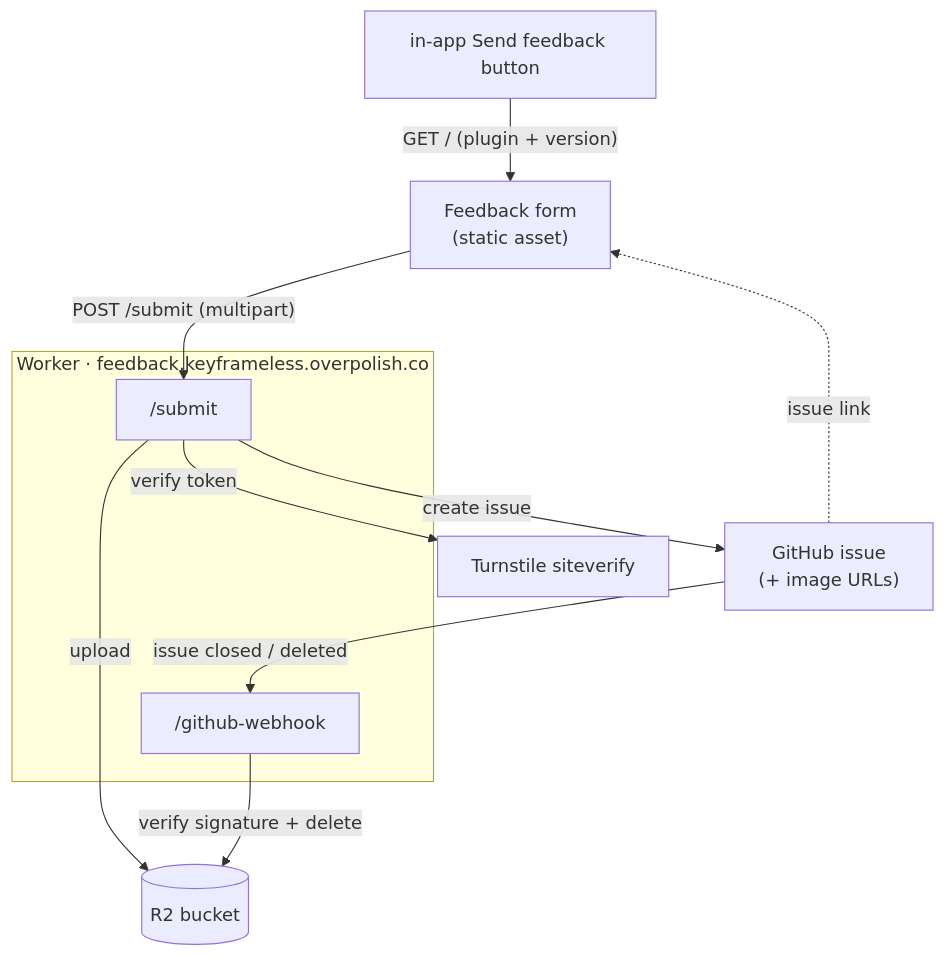
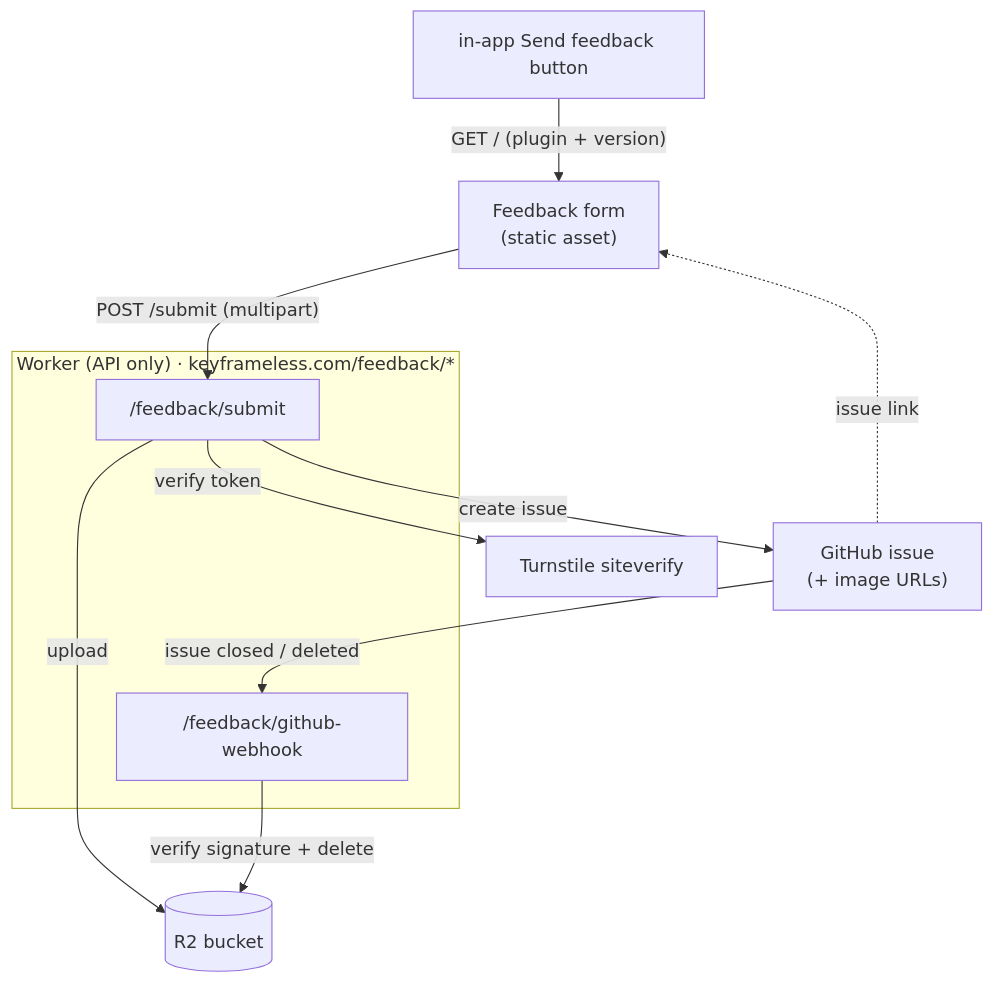
The diagram in feedback-worker/README.md (overpolish/keyframeless), drawn with Mermaid before and after one commit. The commit also changed other lines of this file and 53 other files, not shown here.

````diff
--- a/feedback-worker/README.md
+++ b/feedback-worker/README.md
@@ -7,17 +7,17 @@
 ```mermaid
 flowchart TD
   Btn["in-app Send feedback button"] -->|"GET / (plugin + version)"| Form["Feedback form<br/>(static asset)"]
   Form -->|"POST /submit (multipart)"| Submit
 
-  subgraph Worker["Worker · feedback.keyframeless.overpolish.co"]
-    Submit["/submit"]
-    Hook["/github-webhook"]
+  subgraph Worker["Worker (API only) · keyframeless.com/feedback/*"]
+    Submit["/feedback/submit"]
+    Hook["/feedback/github-webhook"]
   end
 
   Submit -->|"verify token"| TS["Turnstile siteverify"]
   Submit -->|"upload"| R2[("R2 bucket")]
   Submit -->|"create issue"| GH["GitHub issue<br/>(+ image URLs)"]
   GH -.->|"issue link"| Form
   GH -->|"issue closed / deleted"| Hook
   Hook -->|"verify signature + delete"| R2
 ```
````
